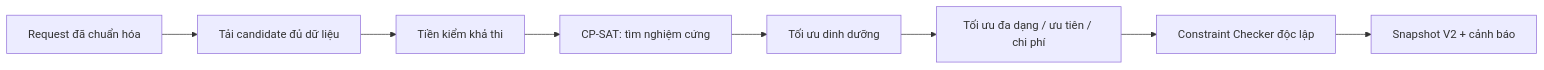
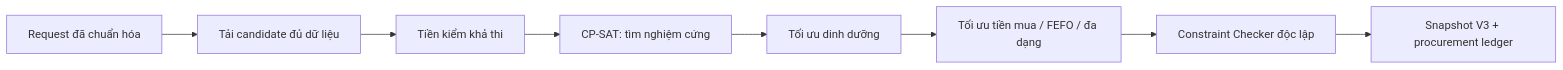
One commit to thedusk4203/smart-menu changed the third of 3 diagrams in docs/technical-overview.md. Above: the diagram before and after it, drawn with Mermaid. The commit also changed 70 other files, not shown here.

````diff
--- a/docs/technical-overview.md
+++ b/docs/technical-overview.md
@@ -44,10 +44,10 @@
 ```mermaid
 flowchart LR
     R["Request đã chuẩn hóa"] --> C["Tải candidate đủ dữ liệu"]
     C --> P["Tiền kiểm khả thi"]
     P --> S1["CP-SAT: tìm nghiệm cứng"]
     S1 --> S2["Tối ưu dinh dưỡng"]
-    S2 --> S3["Tối ưu đa dạng / ưu tiên / chi phí"]
+    S2 --> S3["Tối ưu tiền mua / FEFO / đa dạng"]
     S3 --> V["Constraint Checker độc lập"]
-    V --> SNAP["Snapshot V2 + cảnh báo"]
+    V --> SNAP["Snapshot V3 + procurement ledger"]
 ```
````
